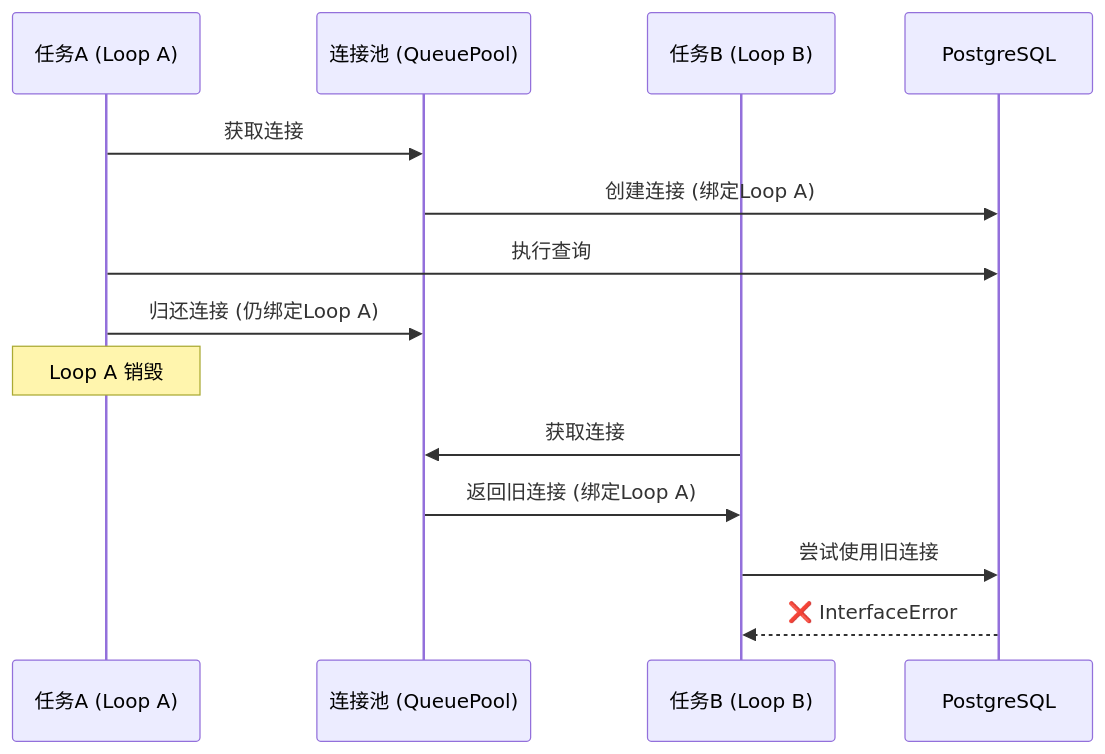
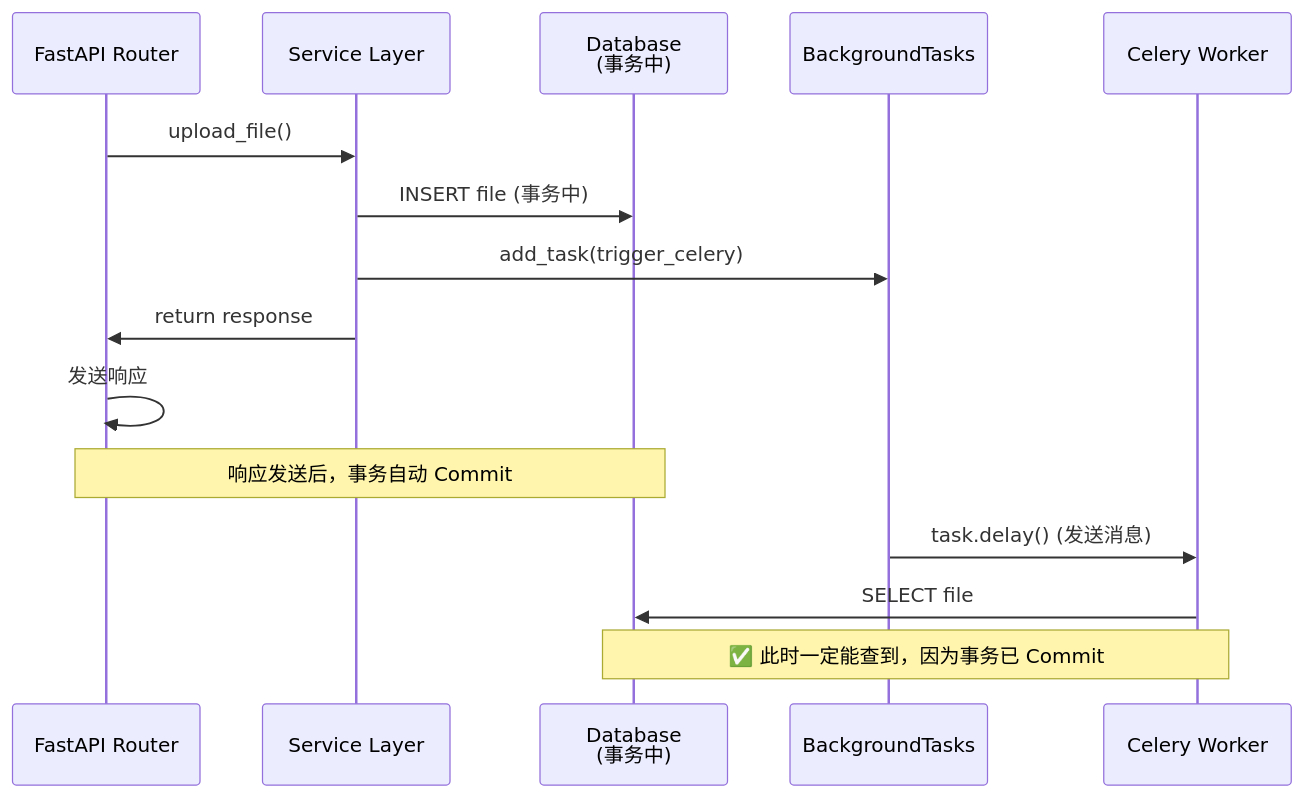
Before and after one commit to helloAhao096/helloahao096.github.io: the fifth of 7 diagrams in docs/posts/Celery 异步任务队列完整指南.md, drawn with Mermaid. The commit also changed other lines of this file, not shown here.

First line of the commit message:
docs(posts): 更新 Celery 文档，增强 Worker 生命周期与资源管理部分

````diff
--- a/docs/posts/Celery 异步任务队列完整指南.md
+++ b/docs/posts/Celery 异步任务队列完整指南.md
@@ -524,18 +642,19 @@
 ```mermaid
 sequenceDiagram
-    participant TaskA as 任务A (Loop A)
-    participant Pool as 连接池 (QueuePool)
-    participant TaskB as 任务B (Loop B)
-    participant DB as PostgreSQL
+    participant Router as FastAPI Router
+    participant Service as Service Layer
+    participant DB as Database<br/>(事务中)
+    participant BG as BackgroundTasks
+    participant Worker as Celery Worker
     
-    TaskA->>Pool: 获取连接
-    Pool->>DB: 创建连接 (绑定Loop A)
-    TaskA->>DB: 执行查询
-    TaskA->>Pool: 归还连接 (仍绑定Loop A)
-    Note over TaskA: Loop A 销毁
+    Router->>Service: upload_file()
+    Service->>DB: INSERT file (事务中)
+    Service->>BG: add_task(trigger_celery)
+    Service->>Router: return response
+    Router->>Router: 发送响应
+    Note over Router,DB: 响应发送后，事务自动 Commit
     
-    TaskB->>Pool: 获取连接
-    Pool->>TaskB: 返回旧连接 (绑定Loop A)
-    TaskB->>DB: 尝试使用旧连接
-    DB-->>TaskB: ❌ InterfaceError
+    BG->>Worker: task.delay() (发送消息)
+    Worker->>DB: SELECT file
+    Note over Worker,DB: ✅ 此时一定能查到，因为事务已 Commit
 ```
````
